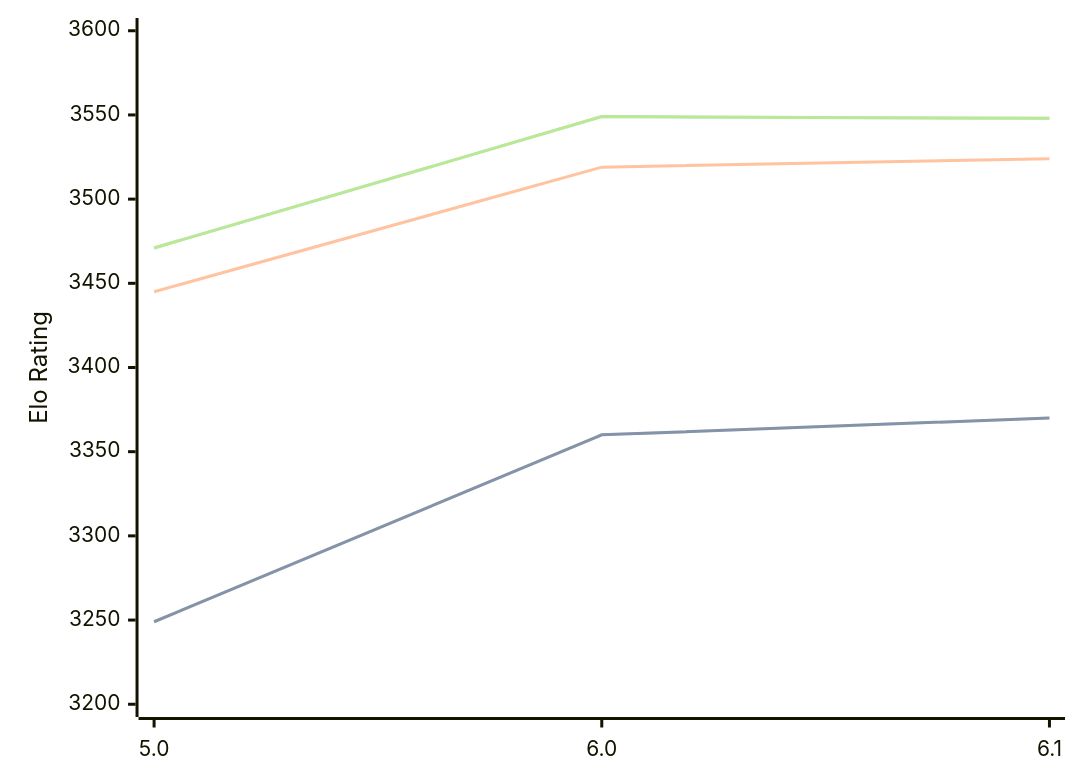
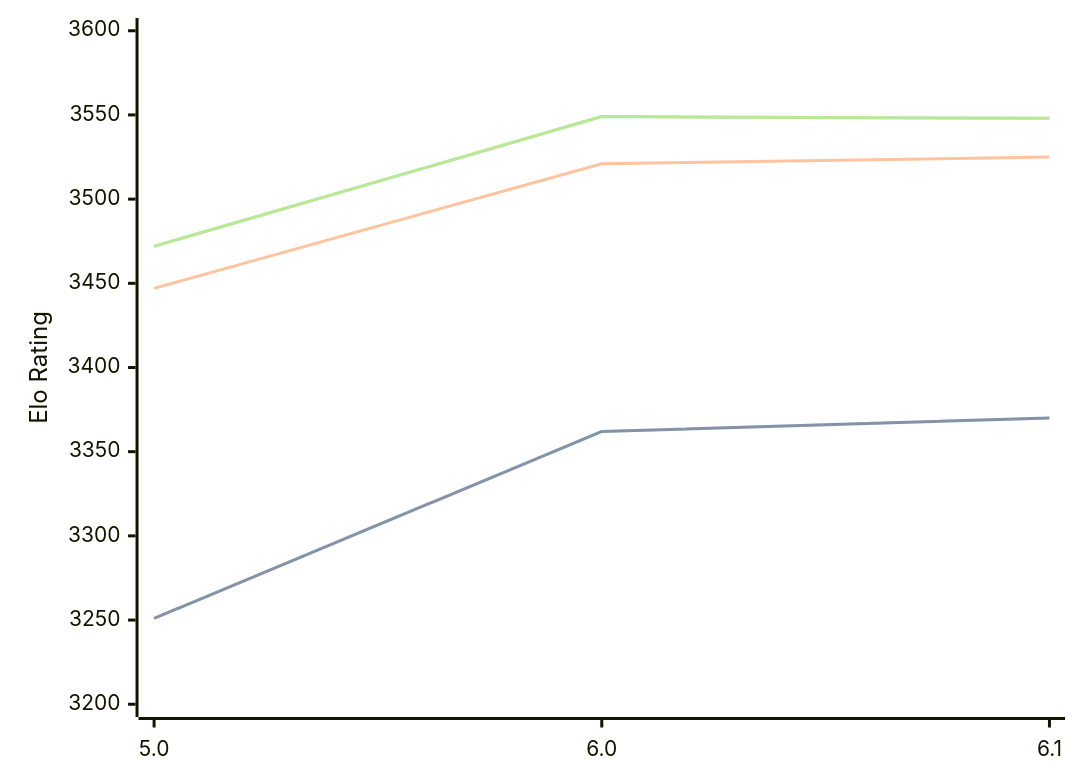
One commit to computer-chess-index/cci changed the diagram in engines/Starzix.md. Above: the diagram before and after it, drawn with Mermaid. The commit also changed other lines of this file, not shown here.

Commit message:
Update CCI Ratings (ELO VLTC) - 2026-04-22

````diff
--- a/engines/Starzix.md
+++ b/engines/Starzix.md
@@ -37,11 +37,11 @@
 ```mermaid
 %%{init: {"theme":"base","themeVariables":{"seriesColors:['#a3a3a3','#222221','#faa371']}}}%%
 xychart-beta
   x-axis ["5.0", "6.0", "6.1"]
   y-axis "Elo Rating" 3200 --> 3600
-  line "STC (8.0+0.08s)" [3249, 3360, 3370]
-  line "STC (8.0+0.08s)" [3249, 3360, 3370]
-  line "LTC (60.0+0.60s)" [3445, 3519, 3524]
-  line "VLTC (2m24s+1.12s)" [3471, 3549, 3548]
-  line "VLTC (2m24s+1.12s)" [3471, 3549, 3548]
+  line "STC (8.0+0.08s)" [3251, 3362, 3370]
+  line "STC (8.0+0.08s)" [3251, 3362, 3370]
+  line "LTC (60.0+0.60s)" [3447, 3521, 3525]
+  line "VLTC (2m24s+1.12s)" [3472, 3549, 3548]
+  line "VLTC (2m24s+1.12s)" [3472, 3549, 3548]
 ```
````
